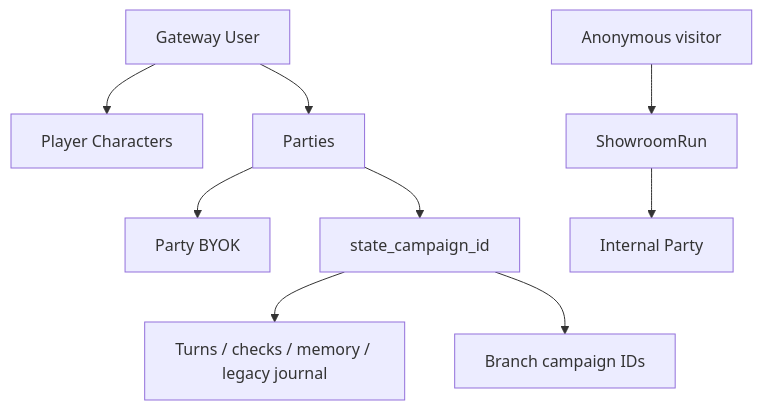
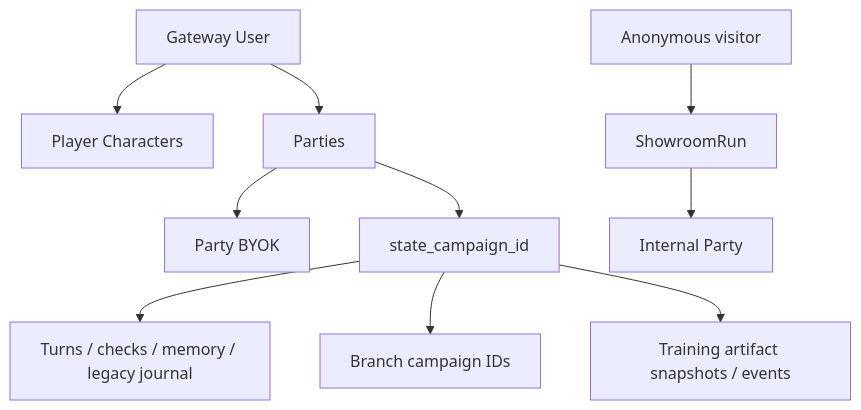
Before and after one commit to abykovwww-byte/ubuntu_ansible_palybooks: the diagram in docs/wiki/08-data-and-security.md, drawn with Mermaid. The commit also changed other lines of this file and 53 other files, not shown here.

````diff
--- a/docs/wiki/08-data-and-security.md
+++ b/docs/wiki/08-data-and-security.md
@@ -34,12 +35,13 @@
 ```mermaid
 flowchart TB
     U["Gateway User"] --> PC["Player Characters"]
     U --> P["Parties"]
     P --> K["Party BYOK"]
     P --> C["state_campaign_id"]
     C --> T["Turns / checks / memory / legacy journal"]
     C --> B["Branch campaign IDs"]
+    C --> TA["Training artifact snapshots / events"]
 
     AV["Anonymous visitor"] --> SR["ShowroomRun"]
     SR --> IP["Internal Party"]
 ```
````
